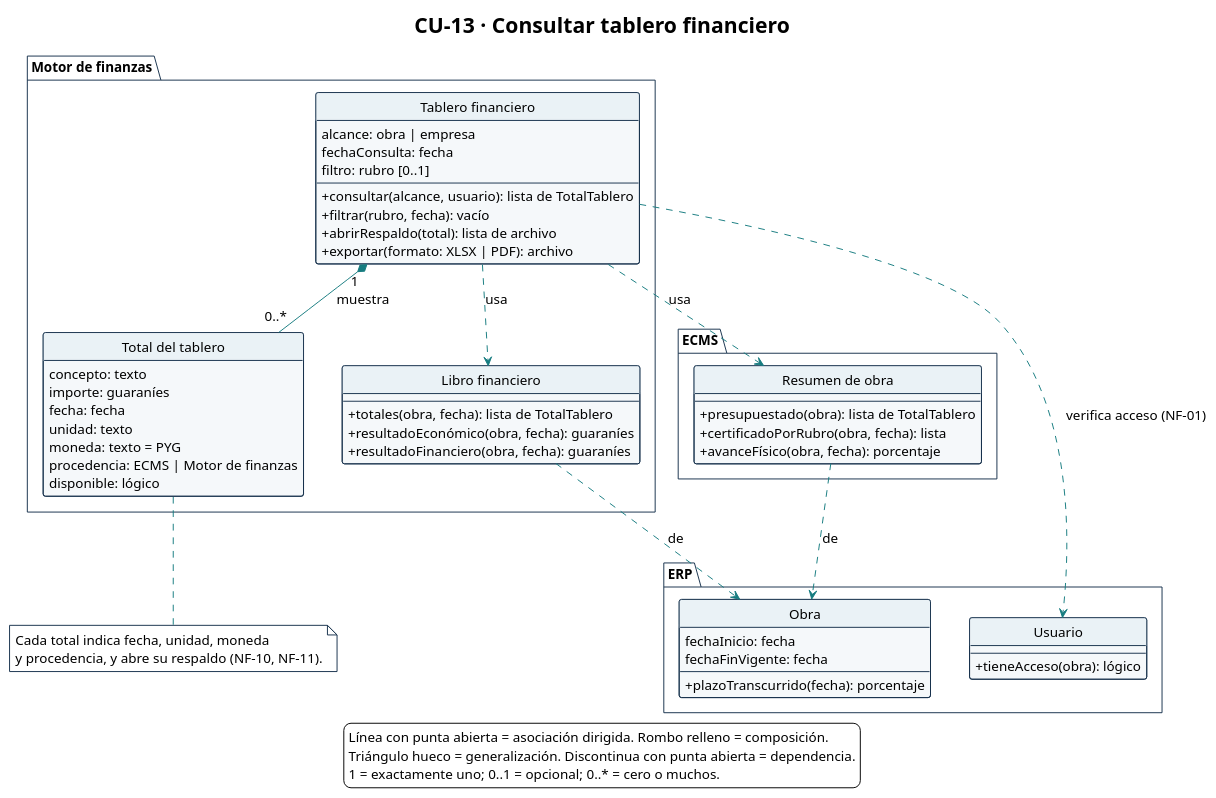
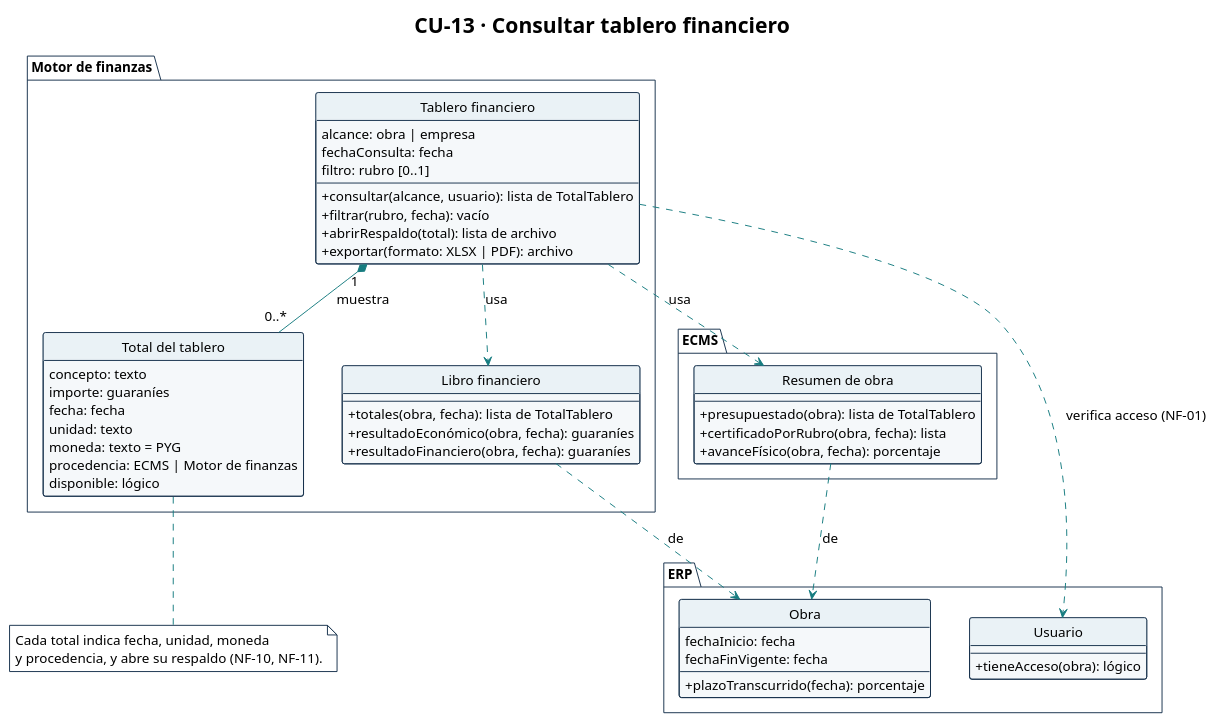
Before and after one commit to Ssrrb/tpf-uca: the diagram in diagramas/CU-13-clases.puml, drawn with PlantUML. The commit also changed 22 other files, not shown here.

```diff
--- a/diagramas/CU-13-clases.puml
+++ b/diagramas/CU-13-clases.puml
@@ -1,98 +1,93 @@
 @startuml
 !theme plain
 skinparam style strictuml
 title CU-13 · Consultar tablero financiero
 hide circle
 hide empty methods
 hide empty fields
 skinparam shadowing false
 skinparam classAttributeIconSize 0
 skinparam defaultFontName Arial
 skinparam defaultFontSize 14
 skinparam nodesep 40
 skinparam ranksep 50
 skinparam ArrowColor #167C80
 skinparam class {
   BackgroundColor #F5F8FA
   BorderColor #17324D
   HeaderBackgroundColor #EAF2F6
 }
 skinparam package {
   BackgroundColor #FFFFFF
   BorderColor #17324D
 }
 skinparam note {
   BackgroundColor #FFFFFF
   BorderColor #17324D
 }
 package "Motor de finanzas" {
   class "Tablero financiero" as Tablero {
     alcance: obra | empresa
     fechaConsulta: fecha
     filtro: rubro [0..1]
     --
     + consultar(alcance, usuario): lista de TotalTablero
     + filtrar(rubro, fecha): vacío
     + abrirRespaldo(total): lista de archivo
     + exportar(formato: XLSX | PDF): archivo
   }
 
   class "Total del tablero" as TotalTablero {
     concepto: texto
     importe: guaraníes
     fecha: fecha
     unidad: texto
     moneda: texto = PYG
     procedencia: ECMS | Motor de finanzas
     disponible: lógico
   }
 
   class "Libro financiero" as LibroFinanciero {
     --
     + totales(obra, fecha): lista de TotalTablero
     + resultadoEconómico(obra, fecha): guaraníes
     + resultadoFinanciero(obra, fecha): guaraníes
   }
 }
 
 package "ECMS" {
   class "Resumen de obra" as ResumenObra {
     --
     + presupuestado(obra): lista de TotalTablero
     + certificadoPorRubro(obra, fecha): lista
     + avanceFísico(obra, fecha): porcentaje
   }
 }
 
 package "ERP" {
   class Usuario {
     --
     + tieneAcceso(obra): lógico
   }
 
   class Obra {
     fechaInicio: fecha
     fechaFinVigente: fecha
     --
     + plazoTranscurrido(fecha): porcentaje
   }
 }
 
 Tablero "1" *-- "0..*" TotalTablero : muestra
 Tablero ..> LibroFinanciero : usa
 Tablero ..> ResumenObra : usa
 Tablero ..> Usuario : verifica acceso (NF-01)
 ResumenObra ..> Obra : de
 LibroFinanciero ..> Obra : de
 
 note bottom of TotalTablero
   Cada total indica fecha, unidad, moneda
   y procedencia, y abre su respaldo (NF-10, NF-11).
 end note
 
-legend bottom
-  Línea con punta abierta = asociación dirigida. Rombo relleno = composición.
-  Triángulo hueco = generalización. Discontinua con punta abierta = dependencia.
-  1 = exactamente uno; 0..1 = opcional; 0..* = cero o muchos.
-endlegend
 @enduml
```
